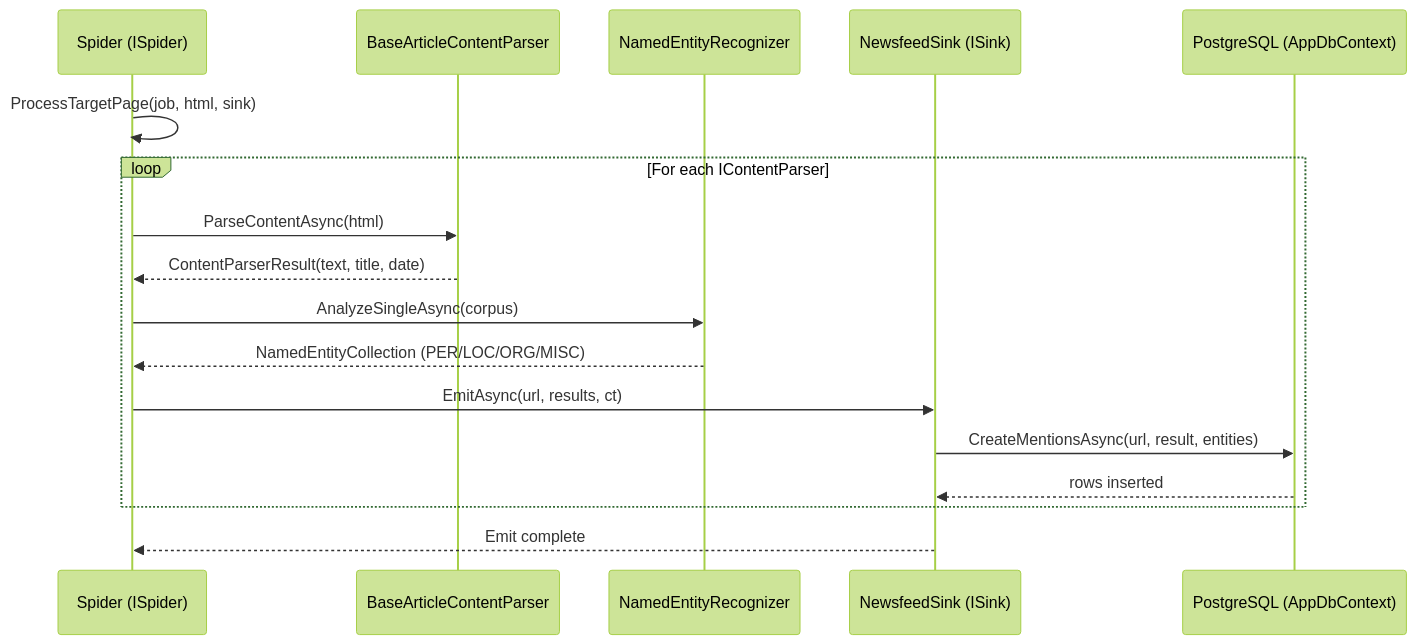
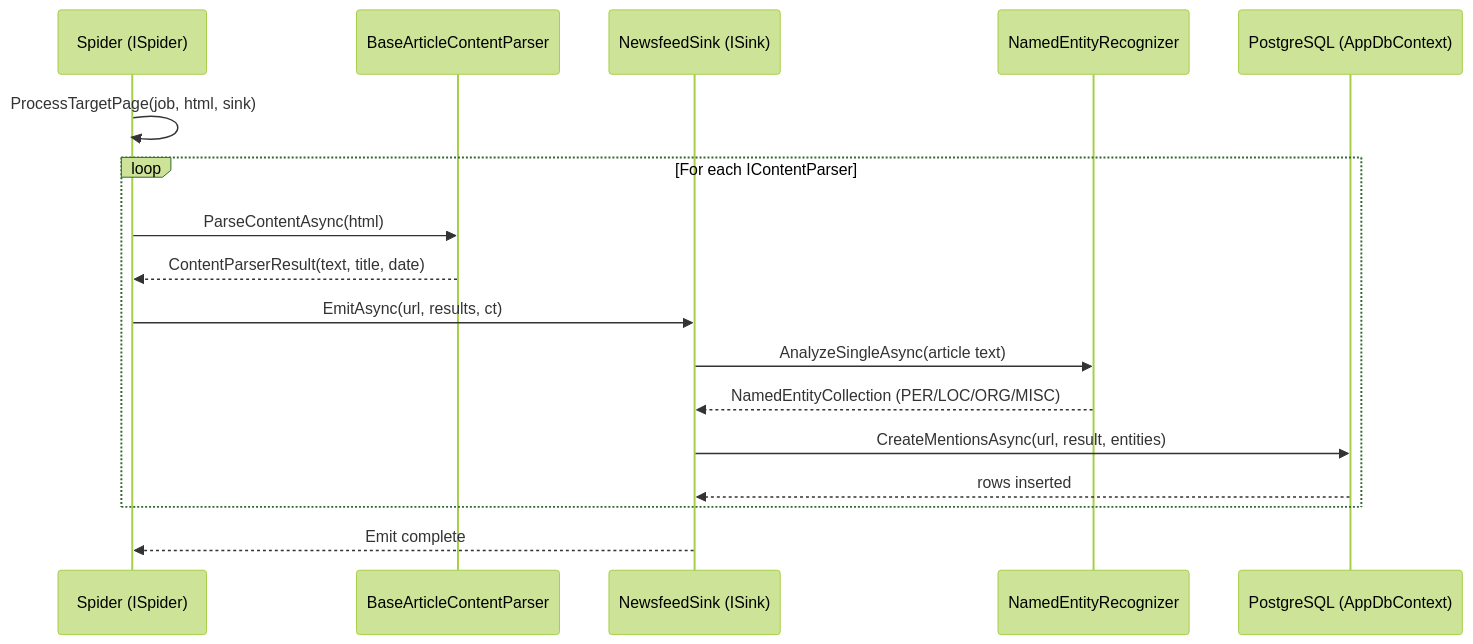
Before and after one commit to Fortyfei/AgitpropScraper: the third of 8 diagrams in .docs/pipelines.md, drawn with Mermaid (forest theme). The commit also changed other lines of this file and 32 other files, not shown here.

````diff
--- a/.docs/pipelines.md
+++ b/.docs/pipelines.md
@@ -53,20 +53,20 @@
 ```mermaid
 sequenceDiagram
     participant SPIDER as Spider (ISpider)
     participant PARSE as BaseArticleContentParser
+    participant SINK as NewsfeedSink (ISink)
     participant NLP as NamedEntityRecognizer
-    participant SINK as NewsfeedSink (ISink)
     participant DB as PostgreSQL (AppDbContext)
 
     SPIDER->>SPIDER: ProcessTargetPage(job, html, sink)
     loop For each IContentParser
         SPIDER->>PARSE: ParseContentAsync(html)
         PARSE-->>SPIDER: ContentParserResult(text, title, date)
-        SPIDER->>NLP: AnalyzeSingleAsync(corpus)
-        NLP-->>SPIDER: NamedEntityCollection (PER/LOC/ORG/MISC)
         SPIDER->>SINK: EmitAsync(url, results, ct)
+        SINK->>NLP: AnalyzeSingleAsync(article text)
+        NLP-->>SINK: NamedEntityCollection (PER/LOC/ORG/MISC)
         SINK->>DB: CreateMentionsAsync(url, result, entities)
         DB-->>SINK: rows inserted
     end
     SINK-->>SPIDER: Emit complete
 ```
````
